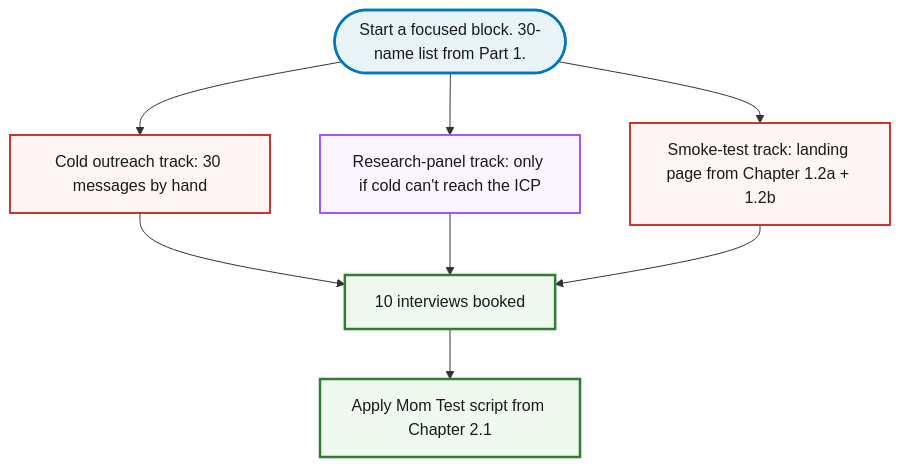
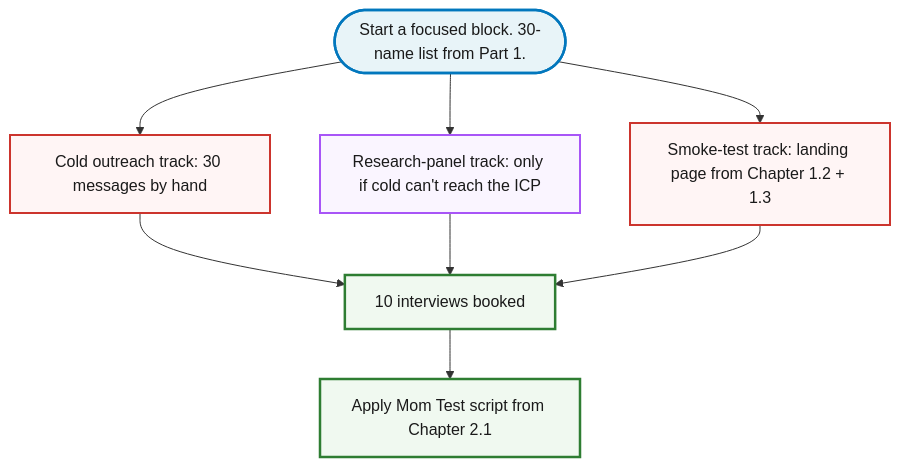
The diagram in content/course/tech-for-non-technical-founders-2026/find-10-people-with-problem-outreach-2026/index.md (jetthoughts/jetthoughts.github.io), drawn with Mermaid before and after one commit. The commit also changed other lines of this file and 15 other files, not shown here.

````diff
--- a/content/course/tech-for-non-technical-founders-2026/find-10-people-with-problem-outreach-2026/index.md
+++ b/content/course/tech-for-non-technical-founders-2026/find-10-people-with-problem-outreach-2026/index.md
@@ -133,22 +133,22 @@
 ```mermaid
 %%{init: {'theme':'base', 'themeVariables': {'fontFamily':'Caveat, Patrick Hand, cursive', 'primaryColor':'#fff5f5', 'primaryBorderColor':'#cc342d', 'lineColor':'#333', 'primaryTextColor':'#1a1a1a'}}}%%
 flowchart TD
     A(["Start a focused block. 30-name list from Part 1."])
     A --> B[Cold outreach track: 30 messages by hand]
     A --> C[Research-panel track: only if cold can't reach the ICP]
-    A --> D[Smoke-test track: landing page from Chapter 1.2a + 1.2b]
+    A --> D[Smoke-test track: landing page from Chapter 1.2 + 1.3]
     B --> E[10 interviews booked]
     C --> E
     D --> E
     E --> F[Apply Mom Test script from Chapter 2.1]
 
     classDef start fill:#e8f4f8,stroke:#0277bd,stroke-width:2.5px,color:#1a1a1a
     classDef track fill:#fff5f5,stroke:#cc342d,stroke-width:2px,color:#1a1a1a
     classDef paid fill:#faf5ff,stroke:#a855f7,stroke-width:2px,color:#1a1a1a
     classDef goal fill:#f0f9f0,stroke:#2e7d32,stroke-width:2.5px,color:#1a1a1a
 
     class A start
     class B,D track
     class C paid
     class E,F goal
 ```
````
